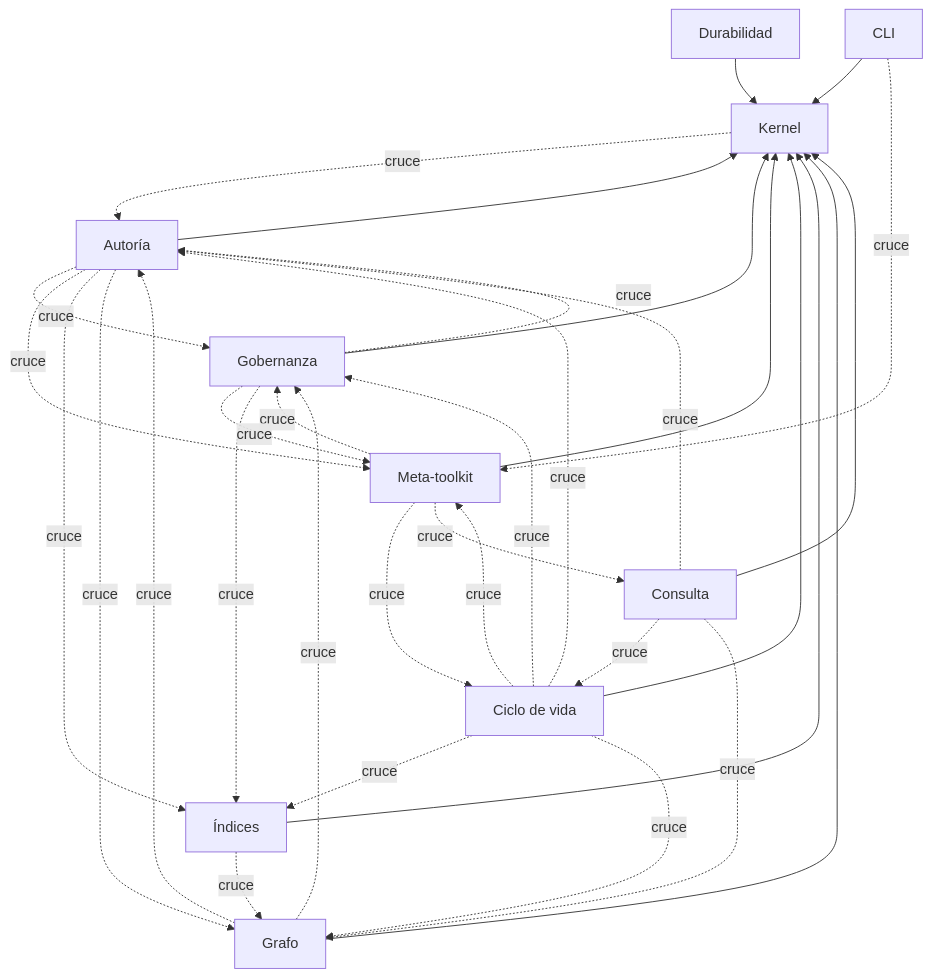
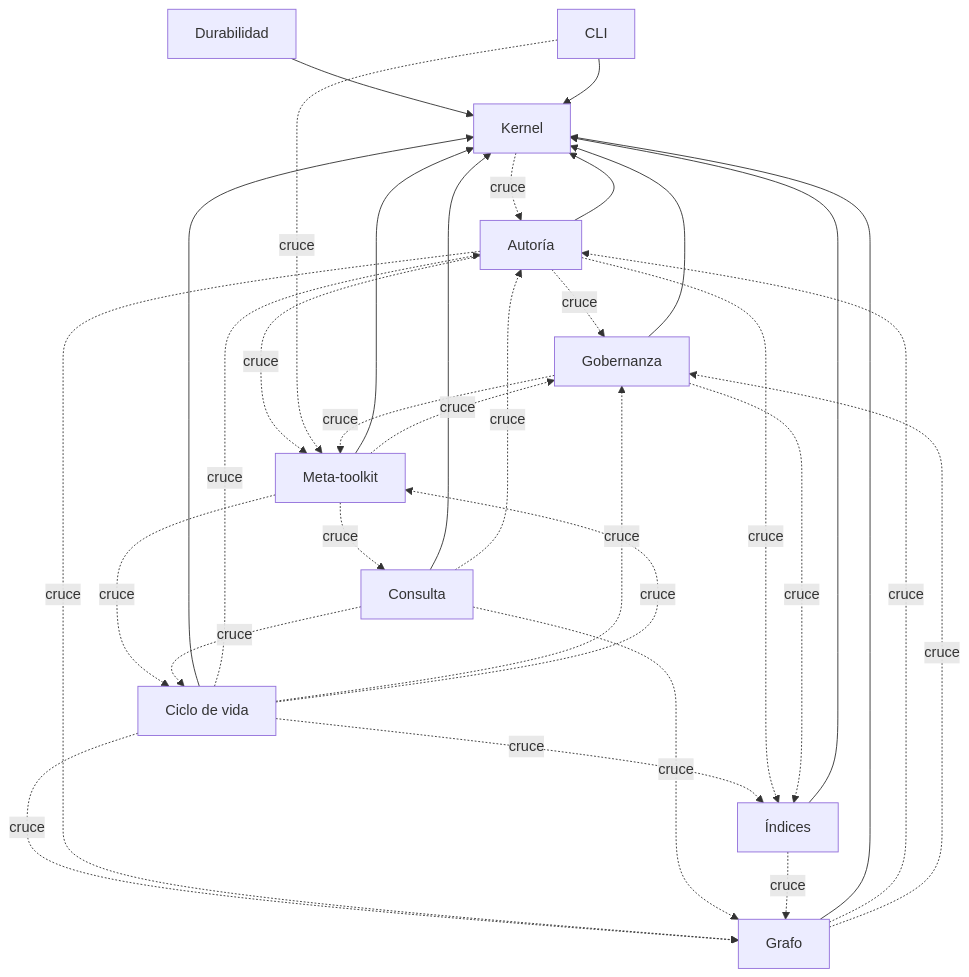
The diagram in docs/ARQUITECTURA.md (devcicm/Vault-Obsidian-Architecture), drawn with Mermaid before and after one commit. The commit also changed other lines of this file and 21 other files, not shown here.

````diff
--- a/docs/ARQUITECTURA.md
+++ b/docs/ARQUITECTURA.md
@@ -17,45 +17,44 @@
 ```mermaid
 graph TD
     kernel["Kernel"]
     autoria["Autoría"]
     grafo["Grafo"]
     gobernanza["Gobernanza"]
     indices["Índices"]
     consulta["Consulta"]
     ciclo_de_vida["Ciclo de vida"]
     durabilidad["Durabilidad"]
     meta_toolkit["Meta-toolkit"]
     cli["CLI"]
     autoria --> kernel
     grafo --> kernel
     gobernanza --> kernel
     indices --> kernel
     consulta --> kernel
     ciclo_de_vida --> kernel
     durabilidad --> kernel
     meta_toolkit --> kernel
     cli --> kernel
     meta_toolkit -.->|cruce| gobernanza
     autoria -.->|cruce| gobernanza
     grafo -.->|cruce| autoria
     consulta -.->|cruce| autoria
     kernel -.->|cruce| autoria
-    gobernanza -.->|cruce| meta_toolkit
-    gobernanza -.->|cruce| autoria
     ciclo_de_vida -.->|cruce| indices
     ciclo_de_vida -.->|cruce| autoria
     ciclo_de_vida -.->|cruce| grafo
     ciclo_de_vida -.->|cruce| gobernanza
     meta_toolkit -.->|cruce| ciclo_de_vida
     ciclo_de_vida -.->|cruce| meta_toolkit
     autoria -.->|cruce| meta_toolkit
     autoria -.->|cruce| indices
     cli -.->|cruce| meta_toolkit
     autoria -.->|cruce| grafo
     consulta -.->|cruce| ciclo_de_vida
     consulta -.->|cruce| grafo
     gobernanza -.->|cruce| indices
+    gobernanza -.->|cruce| meta_toolkit
     grafo -.->|cruce| gobernanza
     indices -.->|cruce| grafo
     meta_toolkit -.->|cruce| consulta
 ```
````
